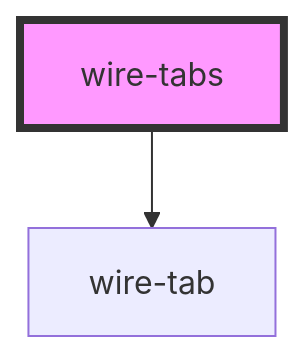
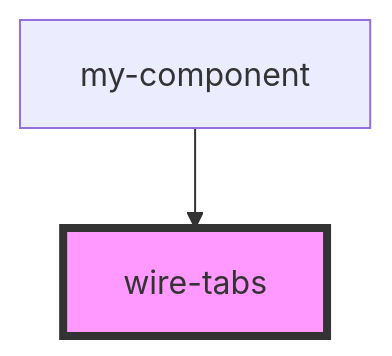
The diagram in packages/core/src/components/wire-tabs/readme.md (Wire-Network/wire-ui), drawn with Mermaid before and after one commit. The commit also changed other lines of this file and 7 other files, not shown here.

````diff
--- a/packages/core/src/components/wire-tabs/readme.md
+++ b/packages/core/src/components/wire-tabs/readme.md
@@ -15,5 +15,5 @@
 ```mermaid
 graph TD;
-  wire-tabs --> wire-tab
+  my-component --> wire-tabs
   style wire-tabs fill:#f9f,stroke:#333,stroke-width:4px
 ```
````
